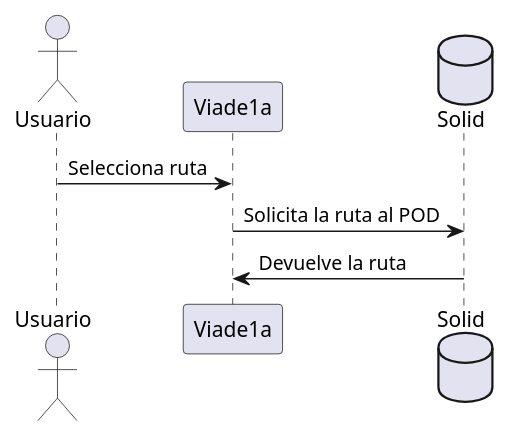
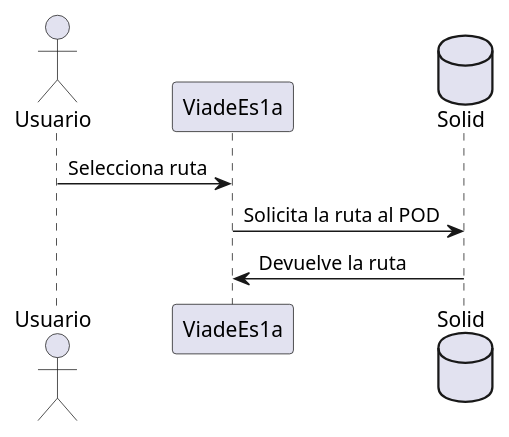
The third of 4 diagrams in src/docs/06_runtime_view.adoc (Arquisoft/viade_es1a), drawn with PlantUML before and after one commit. The commit also changed other lines of this file, not shown here.

Commit message:
Corregido diagrama 6.1

```diff
--- a/src/docs/06_runtime_view.adoc
+++ b/src/docs/06_runtime_view.adoc
@@ -40,13 +43,13 @@
 [plantuml,ver ruta,png]
 ----
 @startuml
 
 actor Usuario
-Usuario -> Viade1a:Selecciona ruta
+Usuario -> ViadeEs1a:Selecciona ruta
 database Solid
-Viade1a -> Solid:Solicita la ruta al POD
-Solid -> Viade1a:Devuelve la ruta
+ViadeEs1a -> Solid:Solicita la ruta al POD
+Solid -> ViadeEs1a:Devuelve la ruta
 
 
 @enduml
 ----
```
